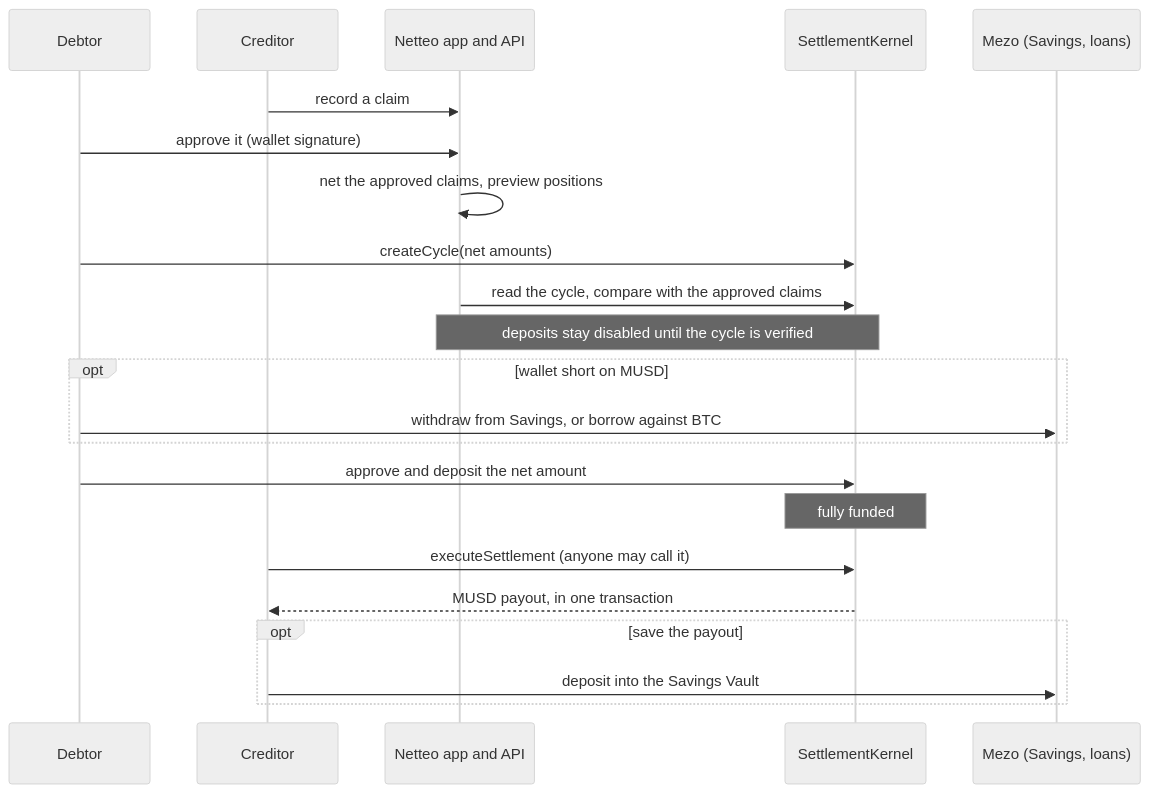
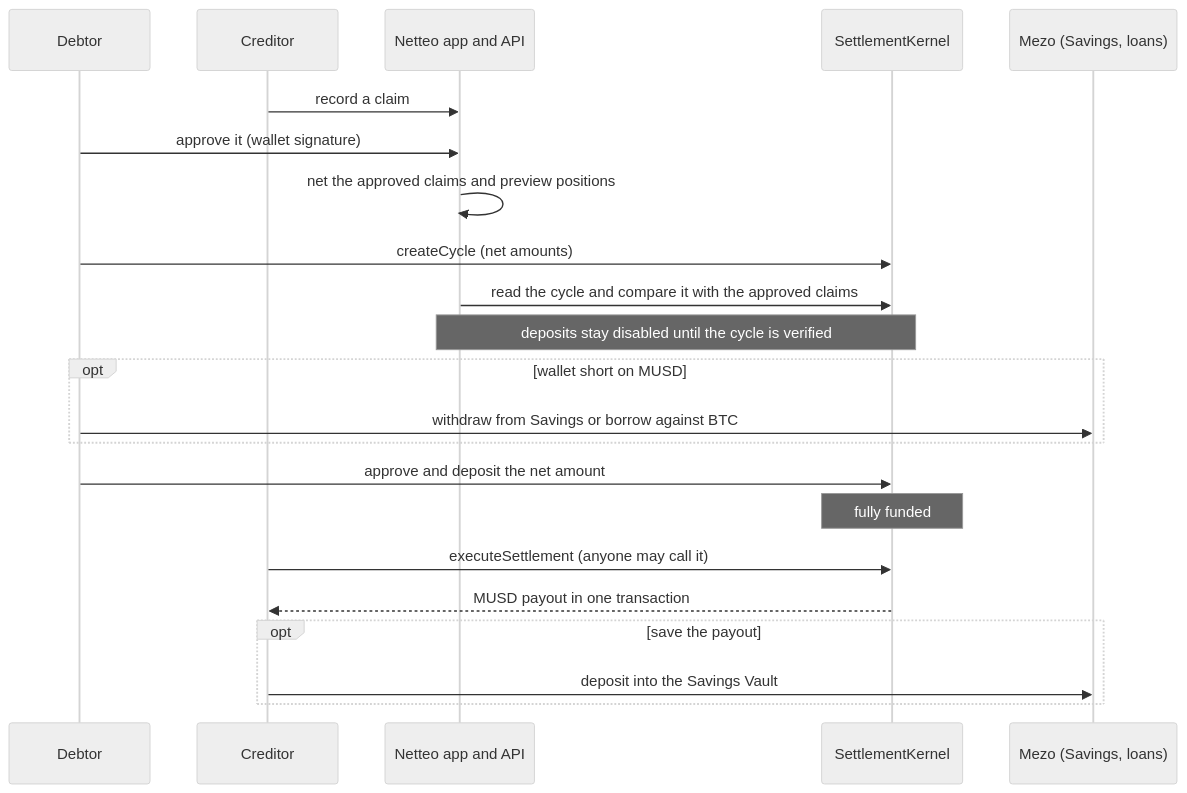
Before and after one commit to anshxft/netteo: the diagram in README.md, drawn with Mermaid (neutral theme). The commit also changed other lines of this file and 2 other files, not shown here.

````diff
--- a/README.md
+++ b/README.md
@@ -124,25 +43,25 @@
 ```mermaid
 sequenceDiagram
     participant D as Debtor
     participant C as Creditor
     participant App as Netteo app and API
     participant K as SettlementKernel
     participant M as Mezo (Savings, loans)
 
     C->>App: record a claim
     D->>App: approve it (wallet signature)
-    App->>App: net the approved claims, preview positions
-    D->>K: createCycle(net amounts)
-    App->>K: read the cycle, compare with the approved claims
+    App->>App: net the approved claims and preview positions
+    D->>K: createCycle (net amounts)
+    App->>K: read the cycle and compare it with the approved claims
     Note over App,K: deposits stay disabled until the cycle is verified
     opt wallet short on MUSD
-        D->>M: withdraw from Savings, or borrow against BTC
+        D->>M: withdraw from Savings or borrow against BTC
     end
     D->>K: approve and deposit the net amount
     Note over K: fully funded
     C->>K: executeSettlement (anyone may call it)
-    K-->>C: MUSD payout, in one transaction
+    K-->>C: MUSD payout in one transaction
     opt save the payout
         C->>M: deposit into the Savings Vault
     end
 ```
````
